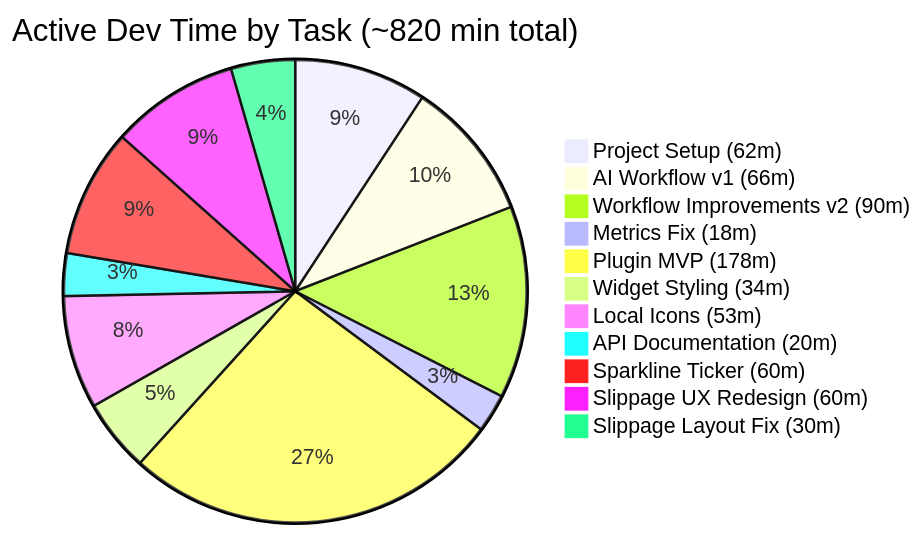
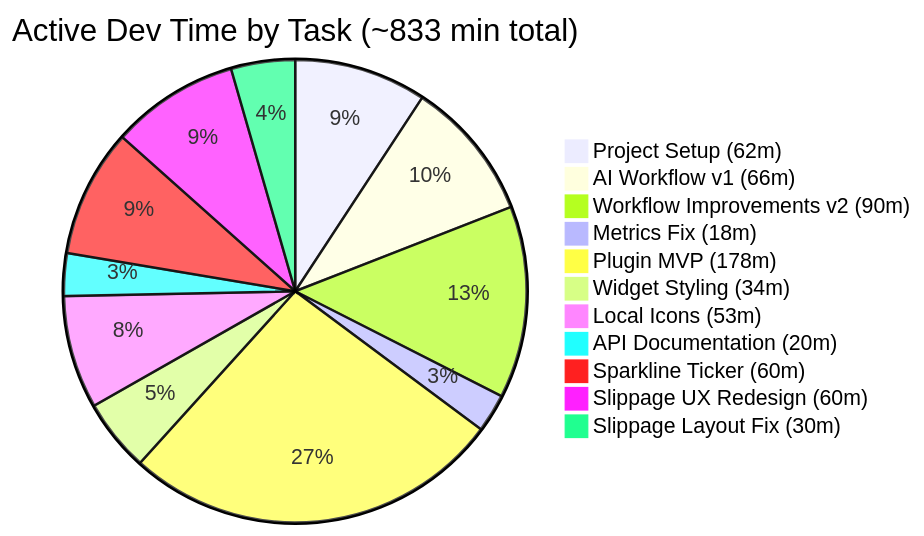
The first of 7 diagrams in README.md (atlantdak/claude-code-hackathon-xbo-market-kit), drawn with Mermaid before and after one commit. The commit also changed other lines of this file and 2 other files, not shown here.

````diff
--- a/README.md
+++ b/README.md
@@ -58,14 +58,14 @@
 ```mermaid
-pie title Active Dev Time by Task (~820 min total)
+pie title Active Dev Time by Task (~833 min total)
     "Project Setup (62m)" : 62
     "AI Workflow v1 (66m)" : 66
     "Workflow Improvements v2 (90m)" : 90
     "Metrics Fix (18m)" : 18
     "Plugin MVP (178m)" : 178
     "Widget Styling (34m)" : 34
     "Local Icons (53m)" : 53
     "API Documentation (20m)" : 20
     "Sparkline Ticker (60m)" : 60
     "Slippage UX Redesign (60m)" : 60
     "Slippage Layout Fix (30m)" : 30
 ```
````
